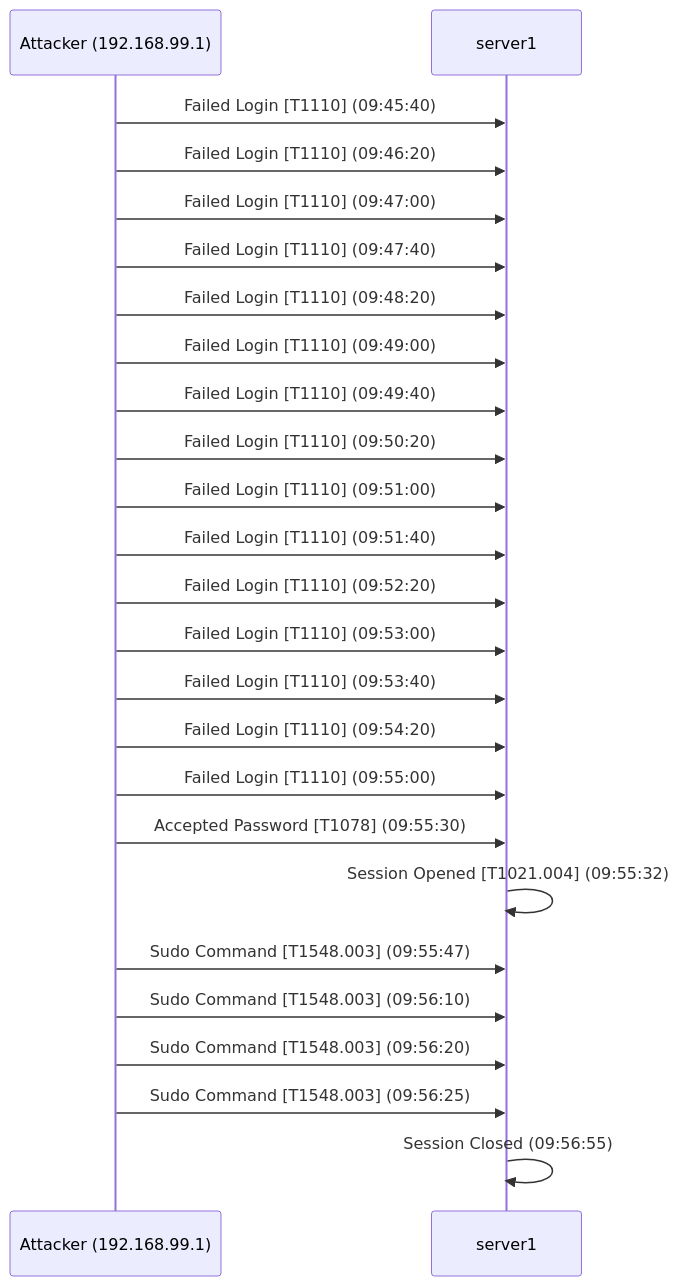
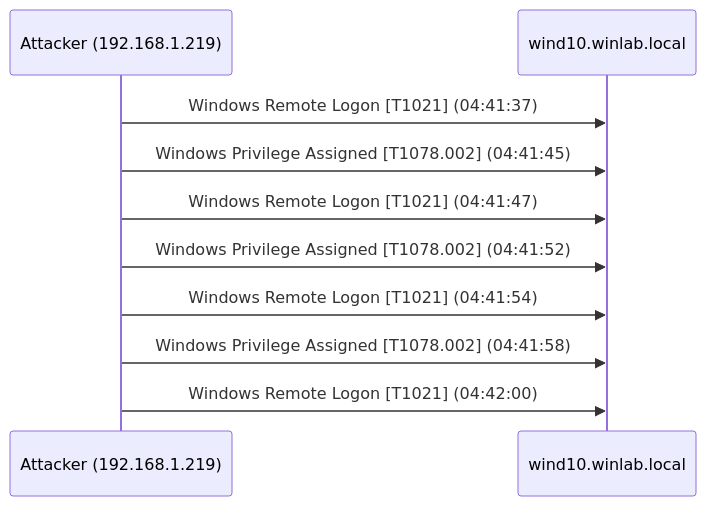
The diagram in docs/sample-report.md (lironabraham/cyber-incident-storyteller), drawn with Mermaid before and after one commit. The commit also changed other lines of this file and 5 other files, not shown here.

````diff
--- a/docs/sample-report.md
+++ b/docs/sample-report.md
@@ -51,27 +43,12 @@
 ```mermaid
 sequenceDiagram
-    participant A as Attacker (192.168.99.1)
-    participant server1 as server1
-    A->>server1: Failed Login [T1110] (09:45:40)
-    A->>server1: Failed Login [T1110] (09:46:20)
-    A->>server1: Failed Login [T1110] (09:47:00)
-    A->>server1: Failed Login [T1110] (09:47:40)
-    A->>server1: Failed Login [T1110] (09:48:20)
-    A->>server1: Failed Login [T1110] (09:49:00)
-    A->>server1: Failed Login [T1110] (09:49:40)
-    A->>server1: Failed Login [T1110] (09:50:20)
-    A->>server1: Failed Login [T1110] (09:51:00)
-    A->>server1: Failed Login [T1110] (09:51:40)
-    A->>server1: Failed Login [T1110] (09:52:20)
-    A->>server1: Failed Login [T1110] (09:53:00)
-    A->>server1: Failed Login [T1110] (09:53:40)
-    A->>server1: Failed Login [T1110] (09:54:20)
-    A->>server1: Failed Login [T1110] (09:55:00)
-    A->>server1: Accepted Password [T1078] (09:55:30)
-    server1->>server1: Session Opened [T1021.004] (09:55:32)
-    A->>server1: Sudo Command [T1548.003] (09:55:47)
-    A->>server1: Sudo Command [T1548.003] (09:56:10)
-    A->>server1: Sudo Command [T1548.003] (09:56:20)
-    A->>server1: Sudo Command [T1548.003] (09:56:25)
-    server1->>server1: Session Closed (09:56:55)
+    participant A as Attacker (192.168.1.219)
+    participant wind10_winla as wind10.winlab.local
+    A->>wind10_winla: Windows Remote Logon [T1021] (04:41:37)
+    A->>wind10_winla: Windows Privilege Assigned [T1078.002] (04:41:45)
+    A->>wind10_winla: Windows Remote Logon [T1021] (04:41:47)
+    A->>wind10_winla: Windows Privilege Assigned [T1078.002] (04:41:52)
+    A->>wind10_winla: Windows Remote Logon [T1021] (04:41:54)
+    A->>wind10_winla: Windows Privilege Assigned [T1078.002] (04:41:58)
+    A->>wind10_winla: Windows Remote Logon [T1021] (04:42:00)
 ```
````
